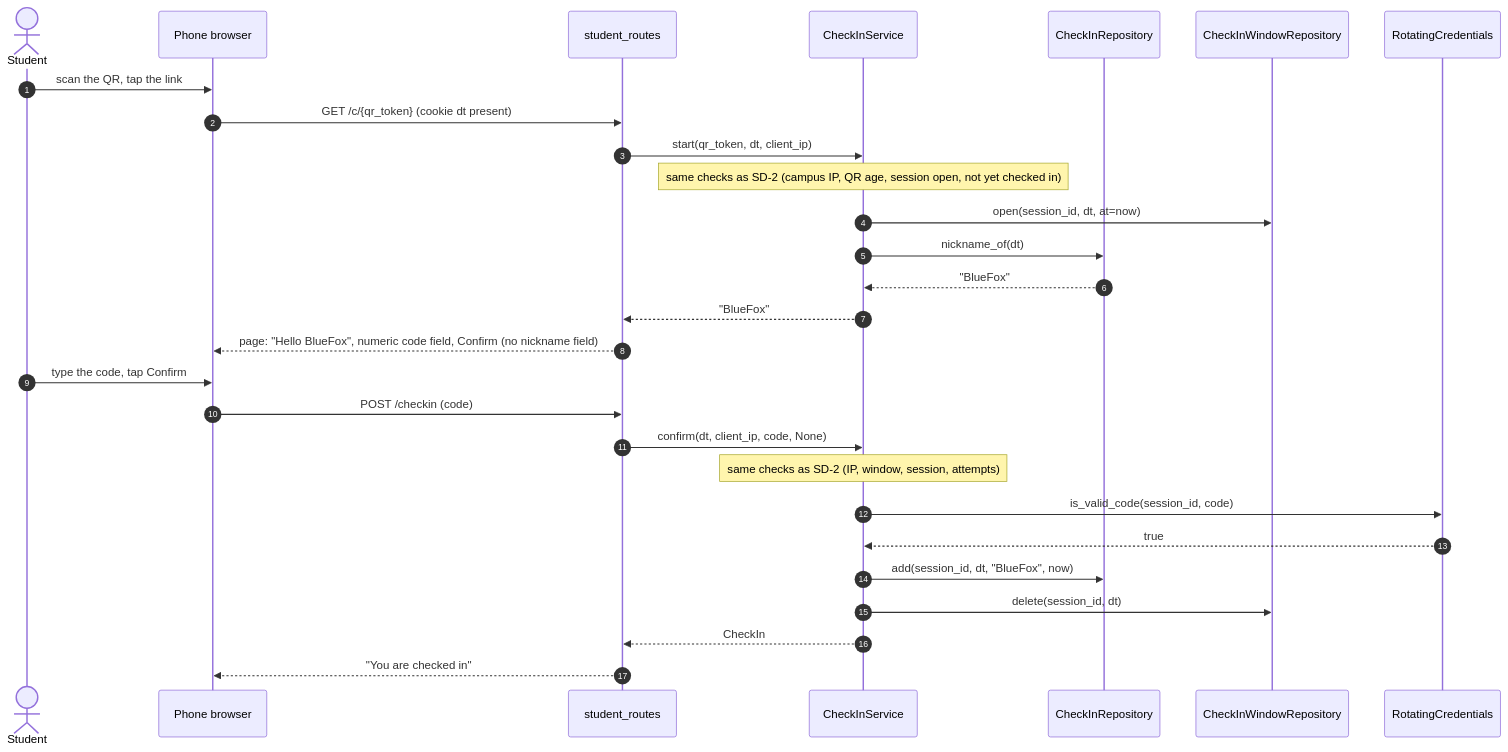
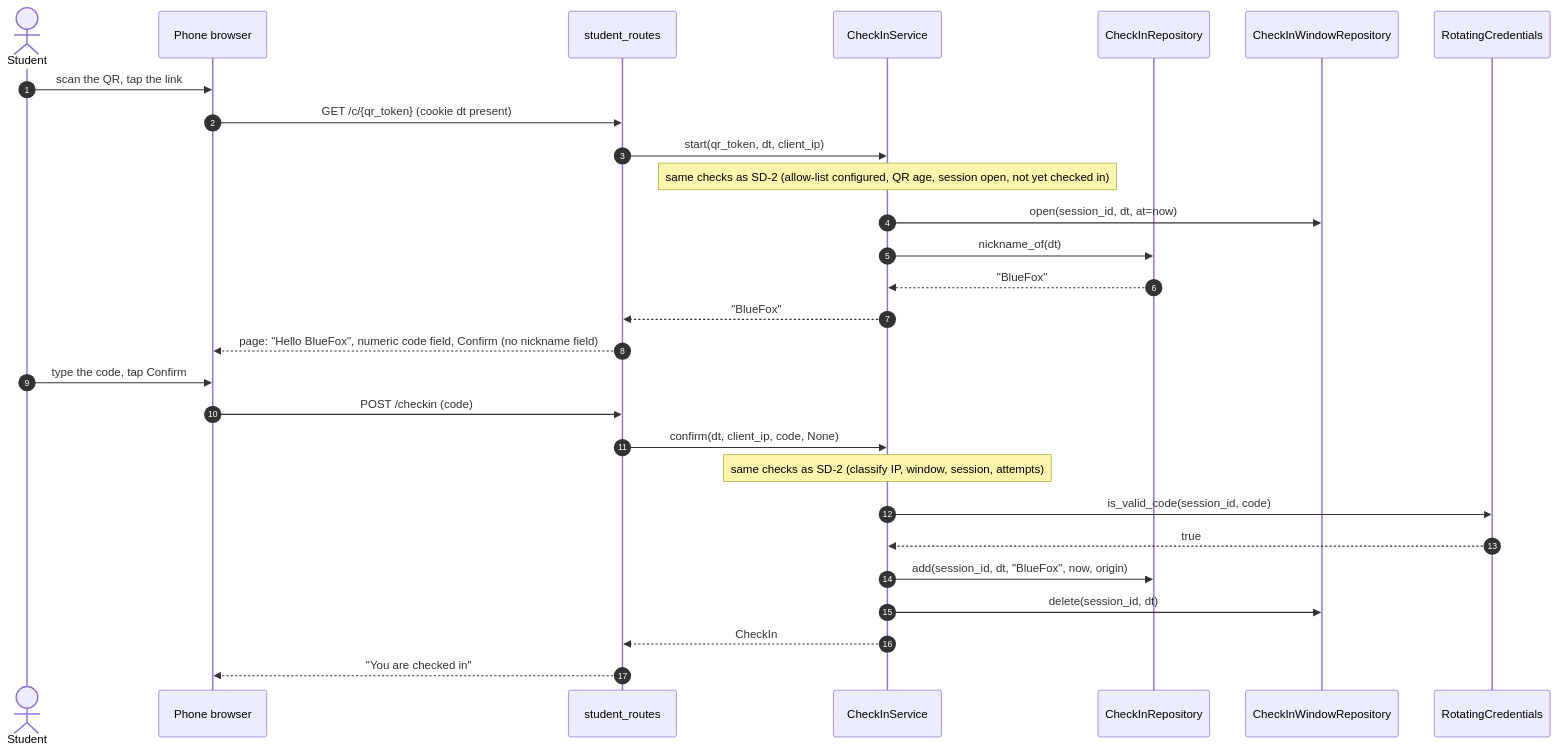
Diagram 11 of 20 in docs/design.md (ronsarfati/EX2-Teaching-Tool), drawn with Mermaid before and after one commit. The commit also changed other lines of this file and 2 other files, not shown here.

Commit message:
docs: add D32 network origin of a check-in (campus / Apple relay / off campus)

````diff
--- a/docs/design.md
+++ b/docs/design.md
@@ -1009,30 +1132,30 @@
 ```mermaid
 sequenceDiagram
   autonumber
   actor S as Student
   participant P as Phone browser
   participant SR as student_routes
   participant CS as CheckInService
   participant CR as CheckInRepository
   participant WR as CheckInWindowRepository
   participant RC as RotatingCredentials
   S->>P: scan the QR, tap the link
   P->>SR: GET /c/{qr_token} (cookie dt present)
   SR->>CS: start(qr_token, dt, client_ip)
-  Note over CS: same checks as SD-2 (campus IP, QR age, session open, not yet checked in)
+  Note over CS: same checks as SD-2 (allow-list configured, QR age, session open, not yet checked in)
   CS->>WR: open(session_id, dt, at=now)
   CS->>CR: nickname_of(dt)
   CR-->>CS: "BlueFox"
   CS-->>SR: "BlueFox"
   SR-->>P: page: "Hello BlueFox", numeric code field, Confirm (no nickname field)
   S->>P: type the code, tap Confirm
   P->>SR: POST /checkin (code)
   SR->>CS: confirm(dt, client_ip, code, None)
-  Note over CS: same checks as SD-2 (IP, window, session, attempts)
+  Note over CS: same checks as SD-2 (classify IP, window, session, attempts)
   CS->>RC: is_valid_code(session_id, code)
   RC-->>CS: true
-  CS->>CR: add(session_id, dt, "BlueFox", now)
+  CS->>CR: add(session_id, dt, "BlueFox", now, origin)
   CS->>WR: delete(session_id, dt)
   CS-->>SR: CheckIn
   SR-->>P: "You are checked in"
 ```
````
